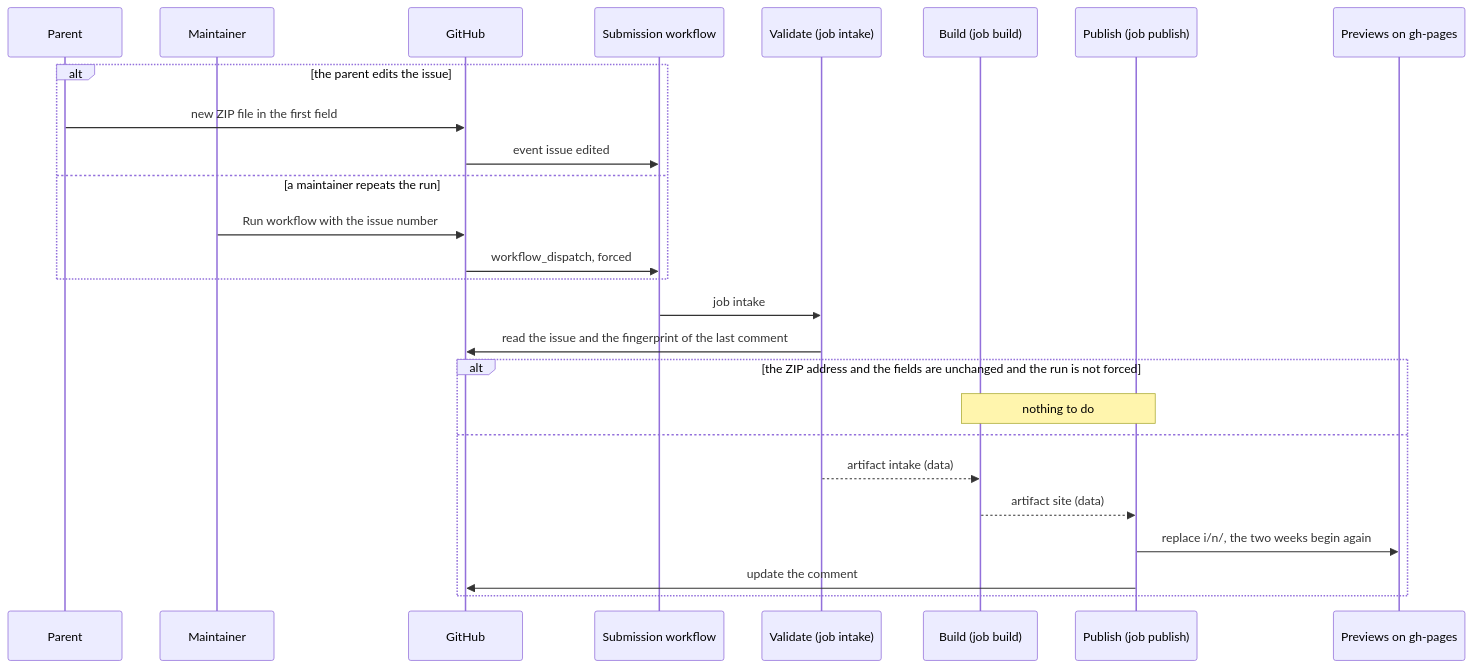
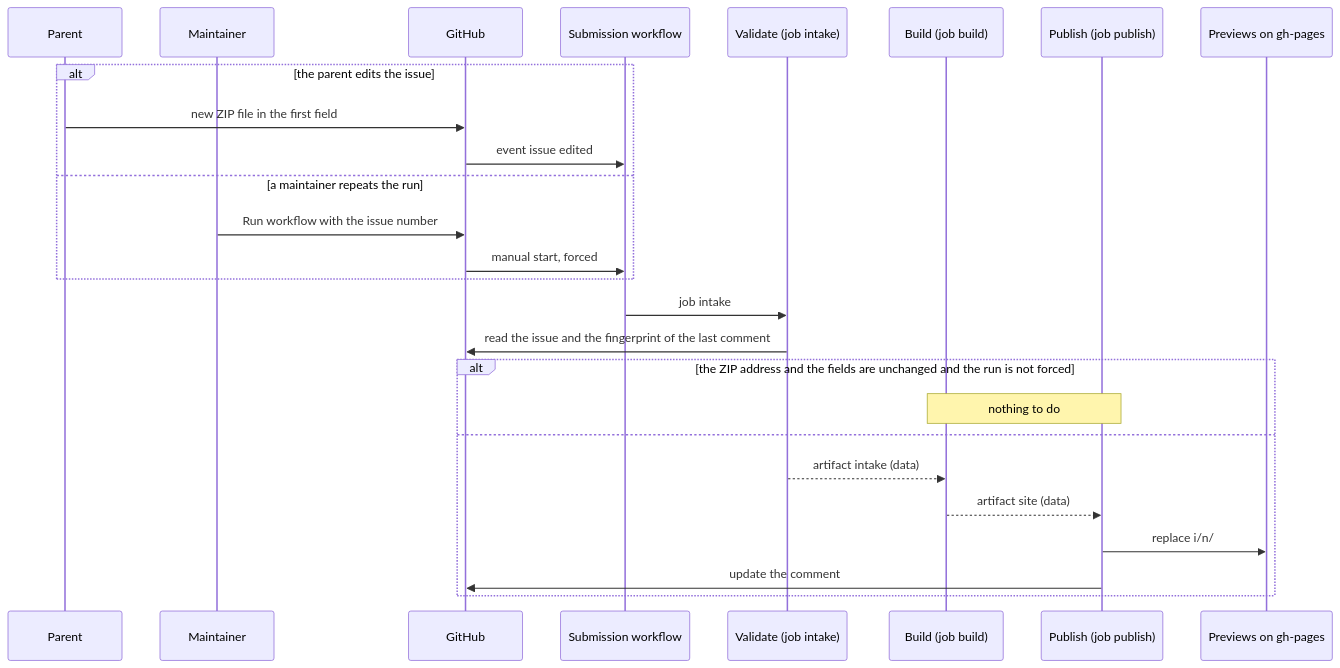
Before and after one commit to lernapps/practice: the third of 6 diagrams in docs/arc42/06-runtime-view.arc42.md, drawn with Mermaid. The commit also changed other lines of this file and 12 other files, not shown here.

````diff
--- a/docs/arc42/06-runtime-view.arc42.md
+++ b/docs/arc42/06-runtime-view.arc42.md
@@ -142,28 +128,28 @@
 ```mermaid
 sequenceDiagram
     participant parent as Parent
     participant maintainer as Maintainer
     participant github as GitHub
     participant flow as Submission workflow
     participant intake as Validate (job intake)
     participant build as Build (job build)
     participant publish as Publish (job publish)
     participant previews as Previews on gh-pages
     alt the parent edits the issue
         parent->>github: new ZIP file in the first field
         github->>flow: event issue edited
     else a maintainer repeats the run
         maintainer->>github: Run workflow with the issue number
-        github->>flow: workflow_dispatch, forced
+        github->>flow: manual start, forced
     end
     flow->>intake: job intake
     intake->>github: read the issue and the fingerprint of the last comment
     alt the ZIP address and the fields are unchanged and the run is not forced
         Note over build,publish: nothing to do
     else
         intake-->>build: artifact intake (data)
         build-->>publish: artifact site (data)
-        publish->>previews: replace i/n/, the two weeks begin again
+        publish->>previews: replace i/n/
         publish->>github: update the comment
     end
 ```
````
